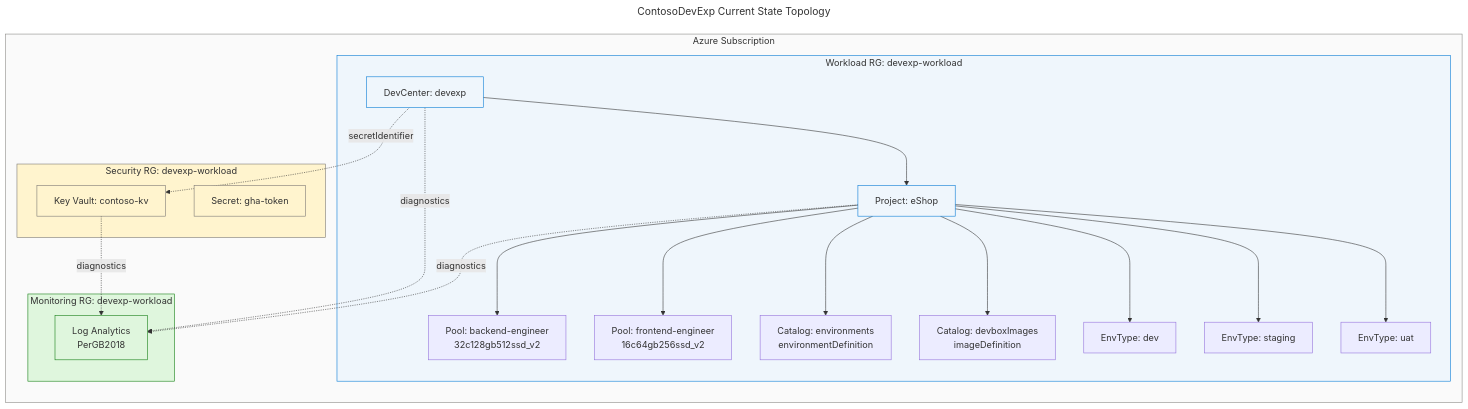
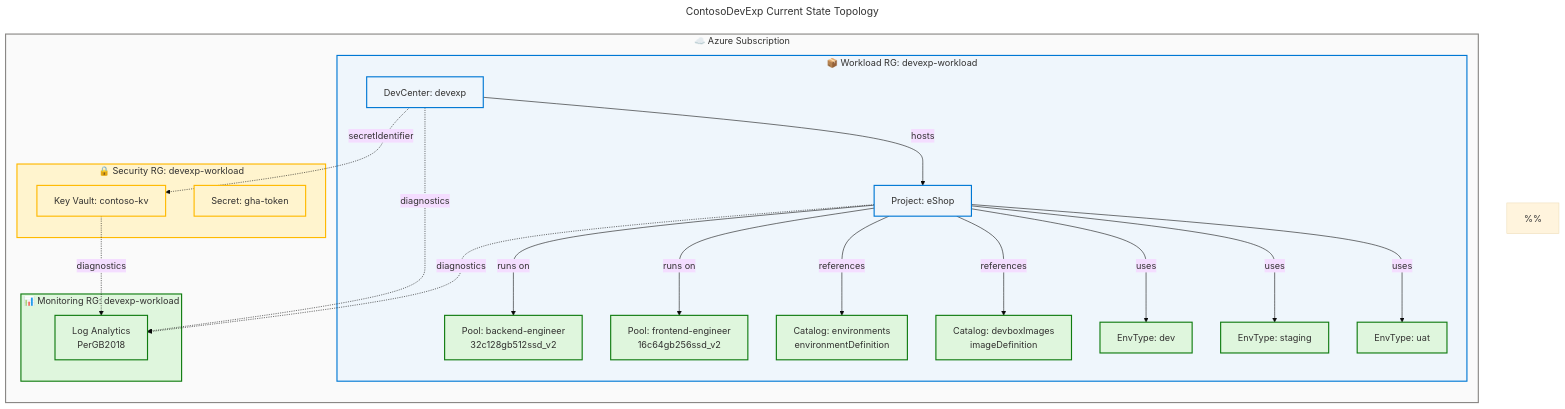
One commit to Evilazaro/DevExp-DevBox changed the second of 5 diagrams in docs/architecture/app-arch.md. Above: the diagram before and after it, drawn with Mermaid. The commit also changed other lines of this file and 3 other files, not shown here.

First line of the commit message:
Enhance architecture documentation with detailed descriptions and WCAG compliance

````diff
--- a/docs/architecture/app-arch.md
+++ b/docs/architecture/app-arch.md
@@ -652,53 +668,78 @@
 ```mermaid
 ---
-title: ContosoDevExp Current State Topology
+title: "ContosoDevExp Current State Topology"
+config:
+  theme: base
+  look: classic
+  layout: dagre
+  themeVariables:
+    fontSize: '16px'
+  flowchart:
+    htmlLabels: true
 ---
 flowchart TB
     accTitle: ContosoDevExp Current State Topology
-    accDescr: Shows the current state deployment topology across Azure resource groups and services
+    accDescr: Shows the current state deployment topology across Azure resource groups and services. Nodes: DC=core, PROJ=core, POOL1=success, POOL2=success, CAT1=success, CAT2=success, ET1=success, ET2=success, ET3=success, KV=warning, SEC=warning, LA=success. WCAG AA compliant.
+    %%
+    %% AZURE / FLUENT ARCHITECTURE PATTERN v2.0
+    %% (Semantic + Structural + Font + Accessibility Governance)
+    %%
+    %% PHASE 1 - FLUENT UI: All styling uses approved Fluent UI palette only
+    %% PHASE 2 - GROUPS: Every subgraph has semantic color via style directive
+    %% PHASE 3 - COMPONENTS: Every node has semantic classDef + icon prefix
+    %% PHASE 4 - ACCESSIBILITY: accTitle/accDescr present, WCAG AA contrast
+    %% PHASE 5 - STANDARD: Governance block present, classDefs centralized
+    %%
 
-    subgraph sub [Azure Subscription]
+    subgraph sub ["☁️ Azure Subscription"]
         direction TB
-        subgraph rg1 [Workload RG: devexp-workload]
+        subgraph rg1 ["📦 Workload RG: devexp-workload"]
             DC[DevCenter: devexp]
             PROJ[Project: eShop]
             POOL1[Pool: backend-engineer\n32c128gb512ssd_v2]
             POOL2[Pool: frontend-engineer\n16c64gb256ssd_v2]
             CAT1[Catalog: environments\nenvironmentDefinition]
             CAT2[Catalog: devboxImages\nimageDefinition]
             ET1[EnvType: dev]
             ET2[EnvType: staging]
             ET3[EnvType: uat]
         end
-        subgraph rg2 [Security RG: devexp-workload]
+        subgraph rg2 ["🔒 Security RG: devexp-workload"]
             KV[Key Vault: contoso-kv]
             SEC[Secret: gha-token]
         end
-        subgraph rg3 [Monitoring RG: devexp-workload]
+        subgraph rg3 ["📊 Monitoring RG: devexp-workload"]
             LA[Log Analytics\nPerGB2018]
         end
     end
 
-    DC --> PROJ
-    PROJ --> POOL1
-    PROJ --> POOL2
-    PROJ --> CAT1
-    PROJ --> CAT2
-    PROJ --> ET1
-    PROJ --> ET2
-    PROJ --> ET3
+    DC -->|hosts| PROJ
+    PROJ -->|runs on| POOL1
+    PROJ -->|runs on| POOL2
+    PROJ -->|references| CAT1
+    PROJ -->|references| CAT2
+    PROJ -->|uses| ET1
+    PROJ -->|uses| ET2
+    PROJ -->|uses| ET3
     DC -.->|secretIdentifier| KV
     DC -.->|diagnostics| LA
     KV -.->|diagnostics| LA
     PROJ -.->|diagnostics| LA
 
-    style sub fill:#FAFAFA,stroke:#8A8886
-    style rg1 fill:#EFF6FC,stroke:#0078D4
-    style rg2 fill:#FFF4CE,stroke:#797673
-    style rg3 fill:#DFF6DD,stroke:#107C10
-    style DC fill:#EFF6FC,stroke:#0078D4
-    style PROJ fill:#EFF6FC,stroke:#0078D4
-    style LA fill:#DFF6DD,stroke:#107C10
-    style KV fill:#FFF4CE,stroke:#797673
-    style SEC fill:#FFF4CE,stroke:#797673
+    classDef core fill:#EFF6FC,stroke:#0078D4,stroke-width:2px,color:#323130
+    classDef success fill:#DFF6DD,stroke:#107C10,stroke-width:2px,color:#323130
+    classDef warning fill:#FFF4CE,stroke:#FFB900,stroke-width:2px,color:#323130
+    classDef neutral fill:#FAFAFA,stroke:#8A8886,stroke-width:2px,color:#323130
+    class DC,PROJ core
+    class POOL1,POOL2,CAT1,CAT2,ET1,ET2,ET3,LA success
+    class KV,SEC warning
+    style sub fill:#FAFAFA,stroke:#8A8886,stroke-width:2px,color:#323130
+    style rg1 fill:#EFF6FC,stroke:#0078D4,stroke-width:2px,color:#323130
+    style rg2 fill:#FFF4CE,stroke:#FFB900,stroke-width:2px,color:#323130
+    style rg3 fill:#DFF6DD,stroke:#107C10,stroke-width:2px,color:#323130
+    style DC fill:#EFF6FC,stroke:#0078D4,stroke-width:2px,color:#323130
+    style PROJ fill:#EFF6FC,stroke:#0078D4,stroke-width:2px,color:#323130
+    style LA fill:#DFF6DD,stroke:#107C10,stroke-width:2px,color:#323130
+    style KV fill:#FFF4CE,stroke:#FFB900,stroke-width:2px,color:#323130
+    style SEC fill:#FFF4CE,stroke:#FFB900,stroke-width:2px,color:#323130
 ```
````
